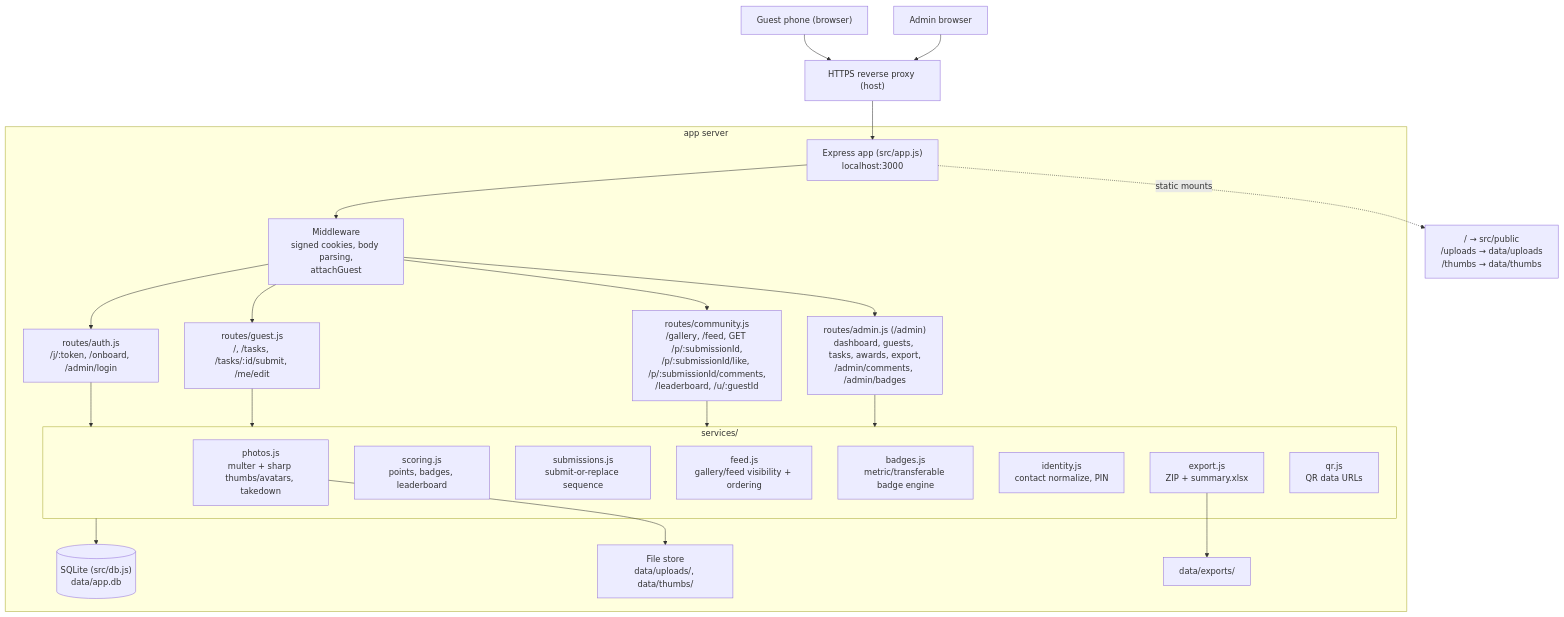
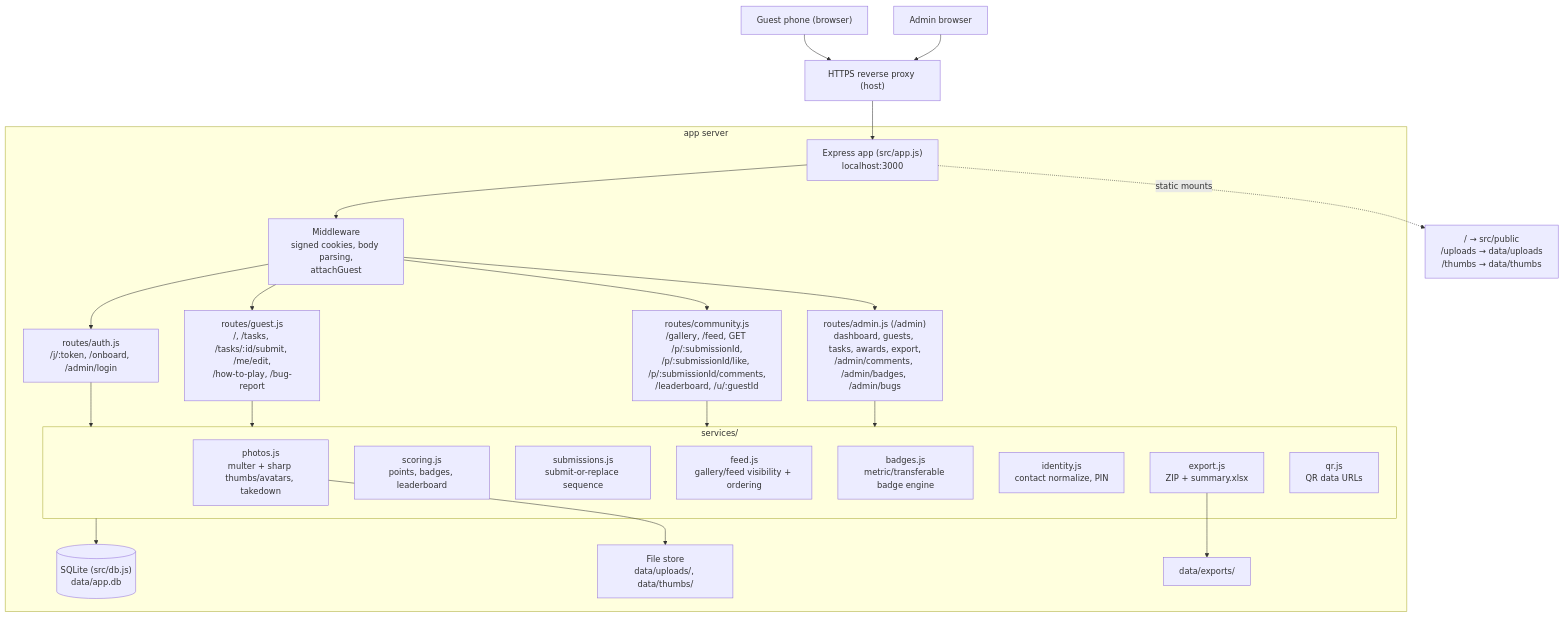
The first of 2 diagrams in docs/architecture.md (TrevorHumble/TaskMasterWedding), drawn with Mermaid before and after one commit. The commit also changed other lines of this file and 26 other files, not shown here.

First line of the commit message:
feat(chrome): Wedding Master masthead, profile menu, how-to-play, report-a-bug (#252)

````diff
--- a/docs/architecture.md
+++ b/docs/architecture.md
@@ -9,37 +9,37 @@
 ```mermaid
 flowchart TD
     phone["Guest phone (browser)"] --> proxy
     admin["Admin browser"] --> proxy
     proxy["HTTPS reverse proxy (host)"] --> express
 
     subgraph server["app server"]
         express["Express app (src/app.js)<br/>localhost:3000"]
         express --> mw["Middleware<br/>signed cookies, body parsing,<br/>attachGuest"]
         mw --> auth["routes/auth.js<br/>/j/:token, /onboard, /admin/login"]
-        mw --> guest["routes/guest.js<br/>/, /tasks, /tasks/:id/submit, /me/edit"]
+        mw --> guest["routes/guest.js<br/>/, /tasks, /tasks/:id/submit, /me/edit,<br/>/how-to-play, /bug-report"]
         mw --> community["routes/community.js<br/>/gallery, /feed, GET /p/:submissionId,<br/>/p/:submissionId/like, /p/:submissionId/comments,<br/>/leaderboard, /u/:guestId"]
-        mw --> adminr["routes/admin.js (/admin)<br/>dashboard, guests, tasks, awards, export,<br/>/admin/comments, /admin/badges"]
+        mw --> adminr["routes/admin.js (/admin)<br/>dashboard, guests, tasks, awards, export,<br/>/admin/comments, /admin/badges, /admin/bugs"]
 
         auth --> svc
         guest --> svc
         community --> svc
         adminr --> svc
 
         subgraph svc["services/"]
             photos["photos.js<br/>multer + sharp thumbs/avatars, takedown"]
             scoring["scoring.js<br/>points, badges, leaderboard"]
             submissions["submissions.js<br/>submit-or-replace sequence"]
             feed["feed.js<br/>gallery/feed visibility + ordering"]
             badges["badges.js<br/>metric/transferable badge engine"]
             identity["identity.js<br/>contact normalize, PIN"]
             export["export.js<br/>ZIP + summary.xlsx"]
             qr["qr.js<br/>QR data URLs"]
         end
 
         svc --> db[("SQLite (src/db.js)<br/>data/app.db")]
         photos --> files["File store<br/>data/uploads/, data/thumbs/"]
         export --> exports["data/exports/"]
     end
 
     express -. "static mounts" .-> static["/ → src/public<br/>/uploads → data/uploads<br/>/thumbs → data/thumbs"]
 ```
````
